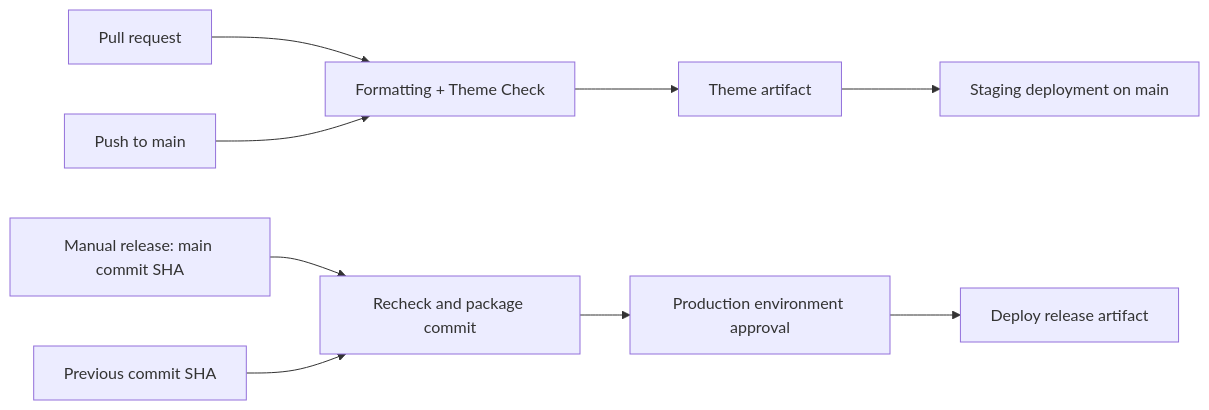
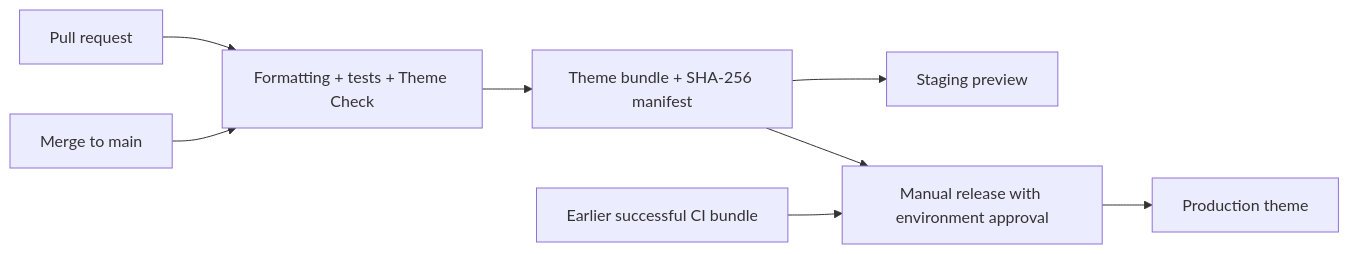
One commit to rjaybernardo/Shopify-Theme-CI-CD-Pipeline changed the diagram in README.md. Above: the diagram before and after it, drawn with Mermaid. The commit also changed other lines of this file and 17 other files, not shown here.

````diff
--- a/README.md
+++ b/README.md
@@ -9,11 +94,10 @@
 ```mermaid
 flowchart LR
-  PR[Pull request] --> Checks[Formatting + Theme Check]
-  Checks --> Artifact[Theme artifact]
-  Main[Push to main] --> Checks
-  Artifact --> Staging[Staging deployment on main]
-  SHA[Manual release: main commit SHA] --> Recheck[Recheck and package commit]
-  Recheck --> Approval[Production environment approval]
-  Approval --> Deploy[Deploy release artifact]
-  Previous[Previous commit SHA] --> Recheck
+  PR[Pull request] --> Checks[Formatting + tests + Theme Check]
+  Main[Merge to main] --> Checks
+  Checks --> Bundle[Theme bundle + SHA-256 manifest]
+  Bundle --> Staging[Staging preview]
+  Bundle --> Release[Manual release with environment approval]
+  Earlier[Earlier successful CI bundle] --> Release
+  Release --> Production[Production theme]
 ```
````
